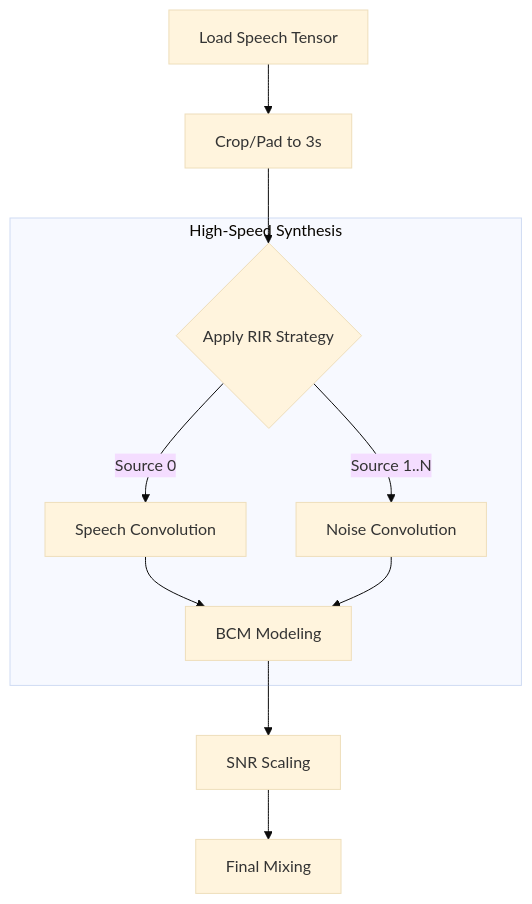
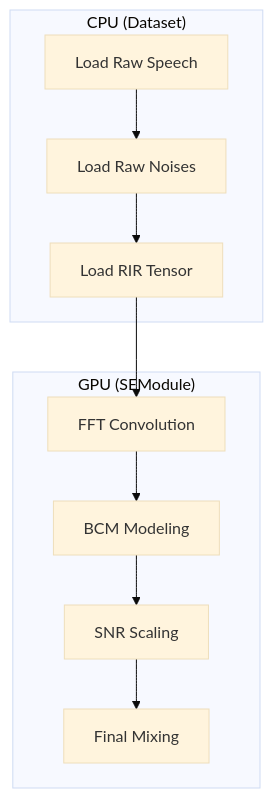
One commit to Parksean210/MultiChannel-Bone-SE changed the diagram in docs/Data_Synthesis_Guide.md. Above: the diagram before and after it, drawn with Mermaid (base theme). The commit also changed other lines of this file and 28 other files, not shown here.

Commit message:
Enhance: BCM modeling with Sinc FIR filter, MLFlow spectrogram logging, and RIR dataset expansion

````diff
--- a/docs/Data_Synthesis_Guide.md
+++ b/docs/Data_Synthesis_Guide.md
@@ -21,16 +21,14 @@
 ```mermaid
 graph TD
-    A[Load Speech Tensor] --> B[Crop/Pad to 3s]
-    B --> C{Apply RIR Strategy}
-    
-    subgraph "High-Speed Synthesis"
-        C -->|Source 0| D[Speech Convolution]
-        C -->|Source 1..N| E[Noise Convolution]
-        
-        D --> F[BCM Modeling]
-        E --> F
+    subgraph "CPU (Dataset)"
+        A[Load Raw Speech] --> B[Load Raw Noises]
+        B --> C[Load RIR Tensor]
     end
     
-    F --> G[SNR Scaling]
-    G --> H[Final Mixing]
+    subgraph "GPU (SEModule)"
+        C --> D[FFT Convolution]
+        D --> E[BCM Modeling]
+        E --> F[SNR Scaling]
+        F --> G[Final Mixing]
+    end
 ```
````
